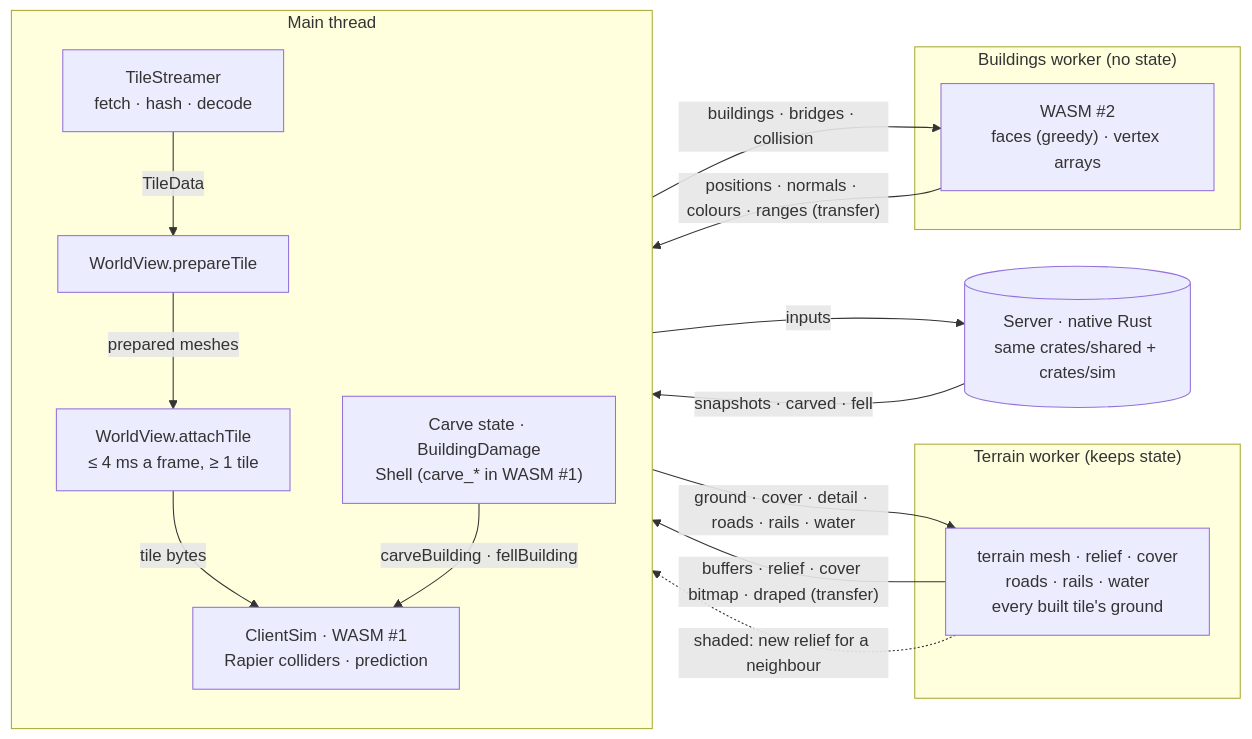
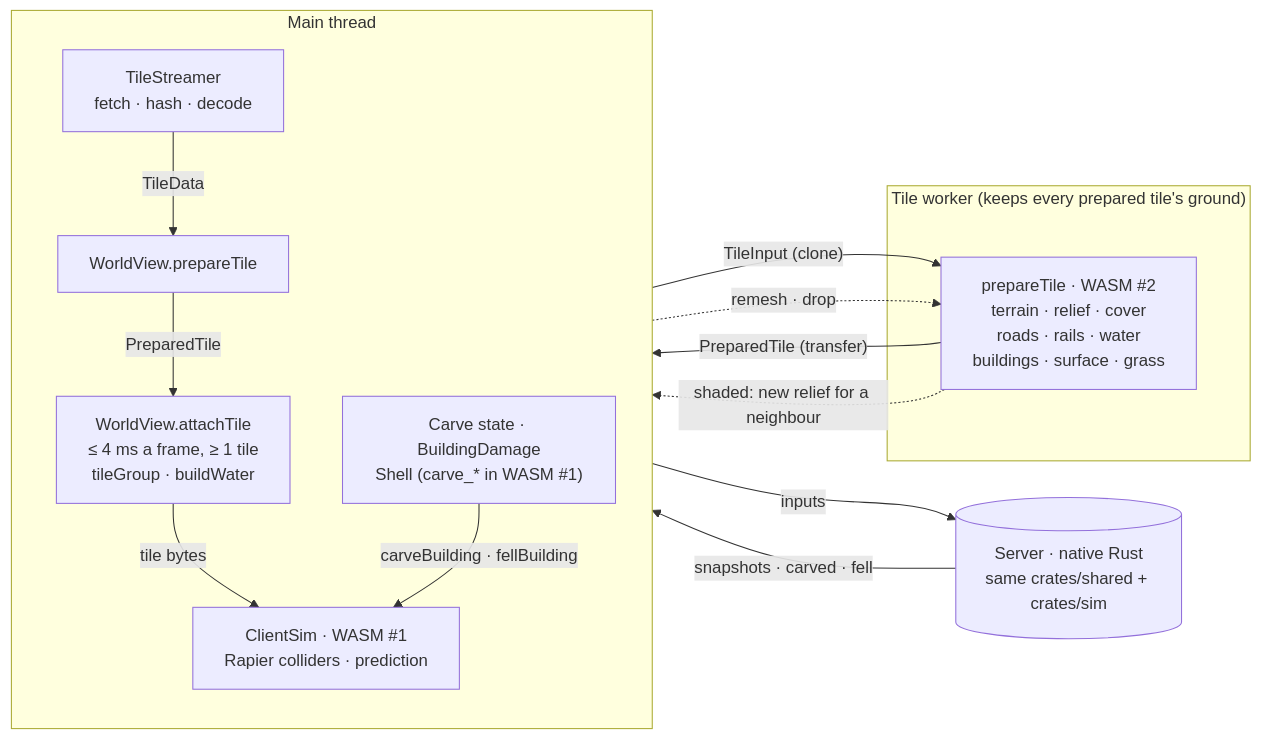
Before and after one commit to Vejron/ragnarok: the first of 4 diagrams in TILE-STREAMING.md, drawn with Mermaid. The commit also changed other lines of this file and 1 other file, not shown here.

First line of the commit message:
docs: tile streaming with one tile worker and prepareTile

````diff
--- a/TILE-STREAMING.md
+++ b/TILE-STREAMING.md
@@ -9,29 +9,25 @@
 ```mermaid
 flowchart LR
   subgraph main["Main thread"]
     direction TB
     S["TileStreamer<br/>fetch · hash · decode"]
     P["WorldView.prepareTile"]
-    A["WorldView.attachTile<br/>≤ 4 ms a frame, ≥ 1 tile"]
+    A["WorldView.attachTile<br/>≤ 4 ms a frame, ≥ 1 tile<br/>tileGroup · buildWater"]
     SIM["ClientSim · WASM #1<br/>Rapier colliders · prediction"]
     D["Carve state · BuildingDamage<br/>Shell (carve_* in WASM #1)"]
     S -- "TileData" --> P
-    P -- "prepared meshes" --> A
+    P -- "PreparedTile" --> A
     A -- "tile bytes" --> SIM
     D -- "carveBuilding · fellBuilding" --> SIM
   end
-  subgraph tw["Terrain worker (keeps state)"]
-    T["terrain mesh · relief · cover<br/>roads · rails · water<br/>every built tile's ground"]
+  subgraph tw["Tile worker (keeps every prepared tile's ground)"]
+    T["prepareTile · WASM #2<br/>terrain · relief · cover<br/>roads · rails · water<br/>buildings · surface · grass"]
   end
-  subgraph bw["Buildings worker (no state)"]
-    B["WASM #2<br/>faces (greedy) · vertex arrays"]
-  end
-  P -- "ground · cover · detail · roads · rails · water" --> T
-  T -- "buffers · relief · cover bitmap · draped (transfer)" --> P
+  P -- "TileInput (clone)" --> T
+  T -- "PreparedTile (transfer)" --> P
   T -. "shaded: new relief for a neighbour" .-> A
-  P -- "buildings · bridges · collision" --> B
-  B -- "positions · normals · colours · ranges (transfer)" --> P
+  A -. "remesh · drop" .-> T
   SRV[("Server · native Rust<br/>same crates/shared + crates/sim")]
   SRV -- "snapshots · carved · fell" --> D
   main -- "inputs" --> SRV
 ```
````
